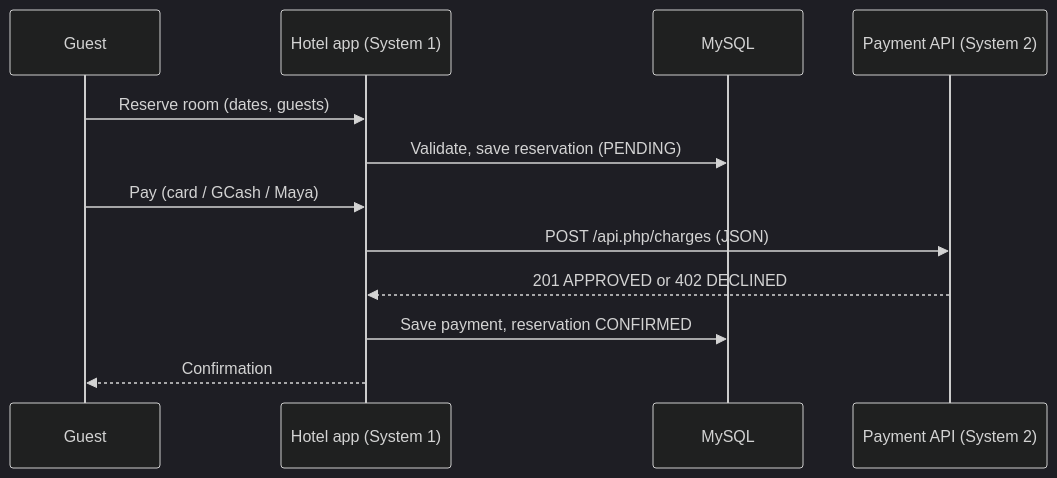
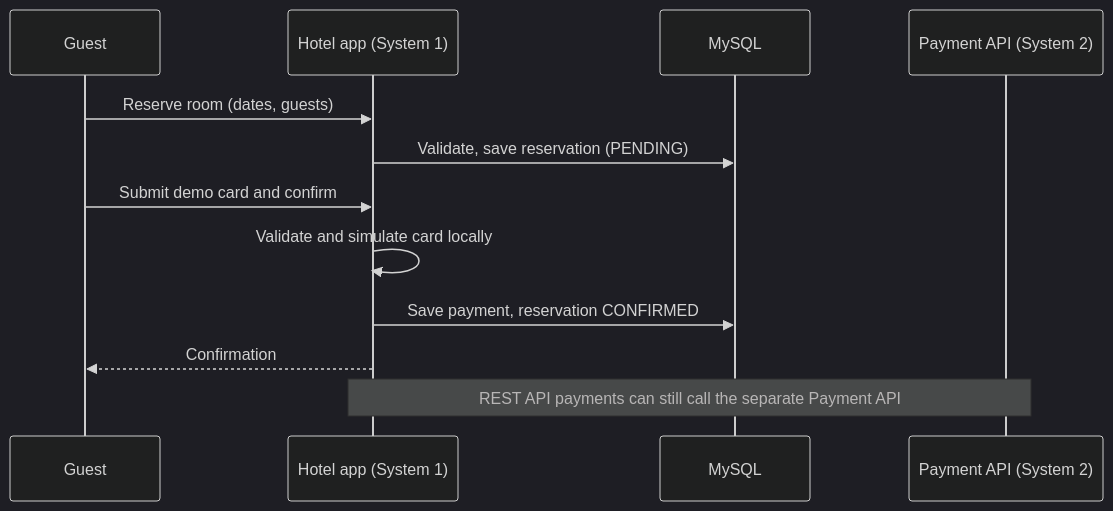
The second of 2 diagrams in README.md (MadDowgs/Casa-Grande-Hotel), drawn with Mermaid (dark theme) before and after one commit. The commit also changed other lines of this file and 20 other files, not shown here.

Commit message:
Update email notifications and card payment integration

````diff
--- a/README.md
+++ b/README.md
@@ -35,14 +35,14 @@
 ```mermaid
 sequenceDiagram
     participant G as Guest
     participant H as Hotel app (System 1)
     participant D as MySQL
     participant P as Payment API (System 2)
     G->>H: Reserve room (dates, guests)
     H->>D: Validate, save reservation (PENDING)
-    G->>H: Pay (card / GCash / Maya)
-    H->>P: POST /api.php/charges (JSON)
-    P-->>H: 201 APPROVED  or  402 DECLINED
+    G->>H: Submit demo card and confirm
+    H->>H: Validate and simulate card locally
     H->>D: Save payment, reservation CONFIRMED
     H-->>G: Confirmation
+    Note over H,P: REST API payments can still call the separate Payment API
 ```
````
